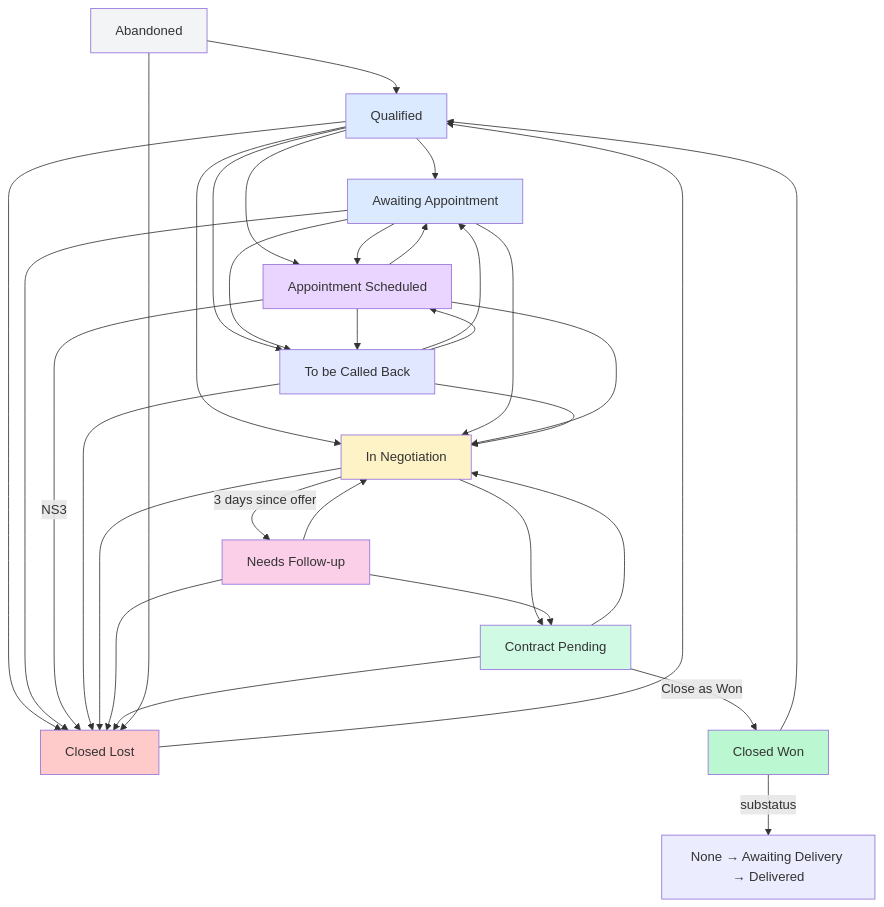
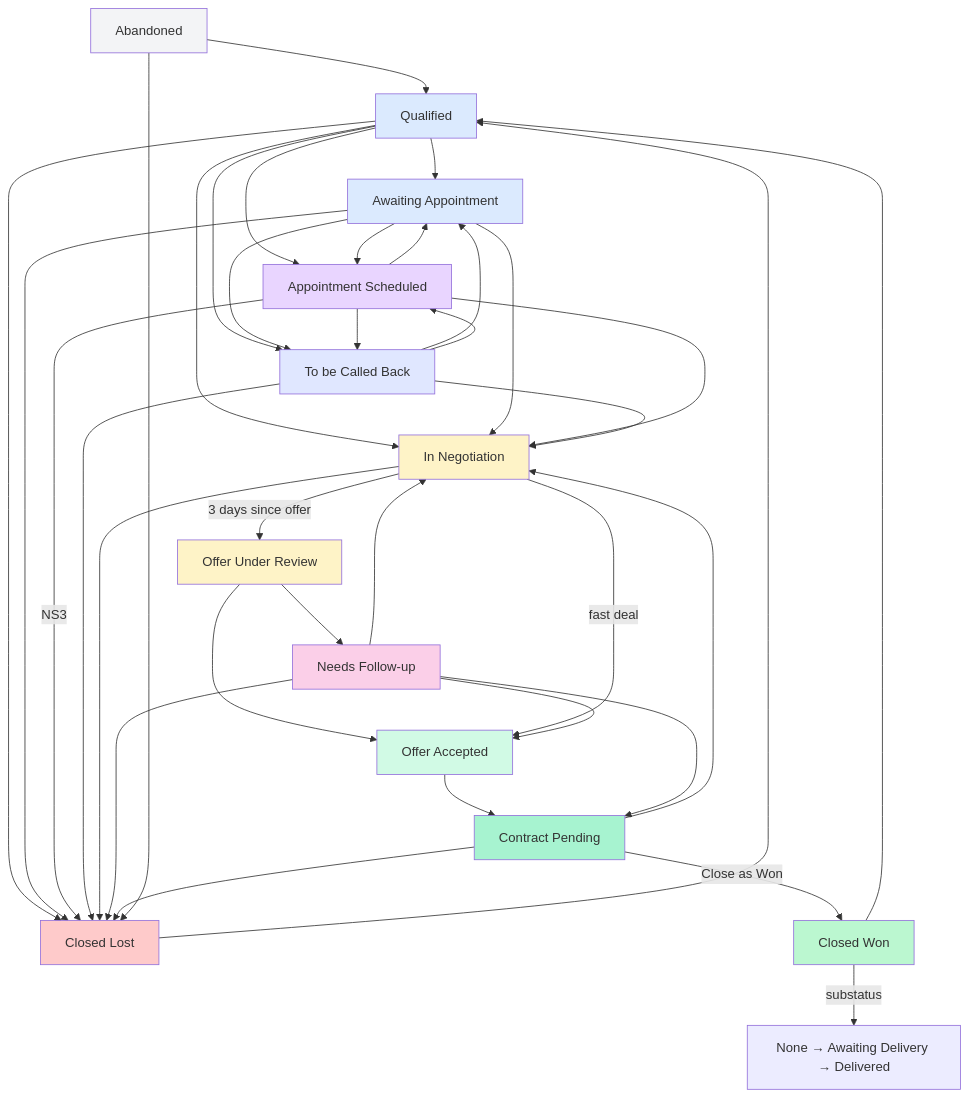
The first of 2 diagrams in STATE_MACHINE_SPEC.md (salsabeelkhaleelMK/ProjectUltra), drawn with Mermaid before and after one commit. The commit also changed other lines of this file and 193 other files, not shown here.

````diff
--- a/STATE_MACHINE_SPEC.md
+++ b/STATE_MACHINE_SPEC.md
@@ -5,54 +5,60 @@
 ```mermaid
 graph TD
     Q[Qualified] --> AA[Awaiting Appointment]
     Q --> AS[Appointment Scheduled]
     Q --> TBC[To be Called Back]
     Q --> IN[In Negotiation]
     Q --> CL[Closed Lost]
     
     AA --> AS
     AA --> IN
     AA --> TBC
     AA --> CL
     
     AS --> IN
     AS --> TBC
     AS --> AA
     AS -->|NS3| CL
     
     TBC --> AA
     TBC --> AS
     TBC --> IN
     TBC --> CL
     
-    IN -->|3 days since offer| NF[Needs Follow-up]
-    IN --> CP[Contract Pending]
+    IN -->|3 days since offer| OUR[Offer Under Review]
+    OUR --> OA[Offer Accepted]
+    OA --> CP[Contract Pending]
+    IN -->|fast deal| OA
+    OUR --> NF[Needs Follow-up]
     IN --> CL
     
+    NF --> OA
     NF --> CP
     NF --> IN
     NF --> CL
     
     CP -->|Close as Won| CW[Closed Won]
     CP --> IN
     CP --> CL
     
     CW -->|substatus| CW1[None → Awaiting Delivery → Delivered]
     CW --> Q
     
     CL --> Q
     
     AB[Abandoned] --> Q
     AB --> CL
     
     style Q fill:#dbeafe
     style AA fill:#dbeafe
     style AS fill:#e9d5ff
     style TBC fill:#e0e7ff
     style IN fill:#fef3c7
     style NF fill:#fbcfe8
-    style CP fill:#d1fae5
+    style OUR fill:#fef3c7
+    style OA fill:#d1fae5
+    style CP fill:#a7f3d0
     style CW fill:#bbf7d0
     style CL fill:#fecaca
     style AB fill:#f3f4f6
 ```
````
